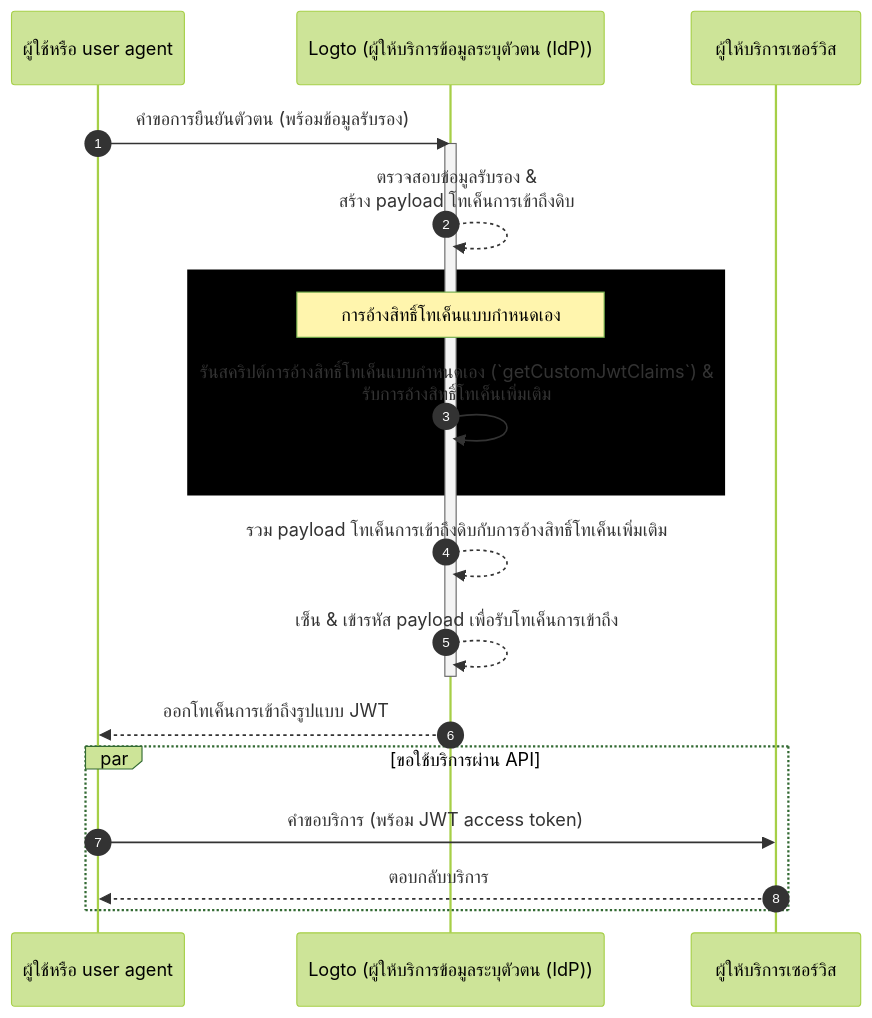
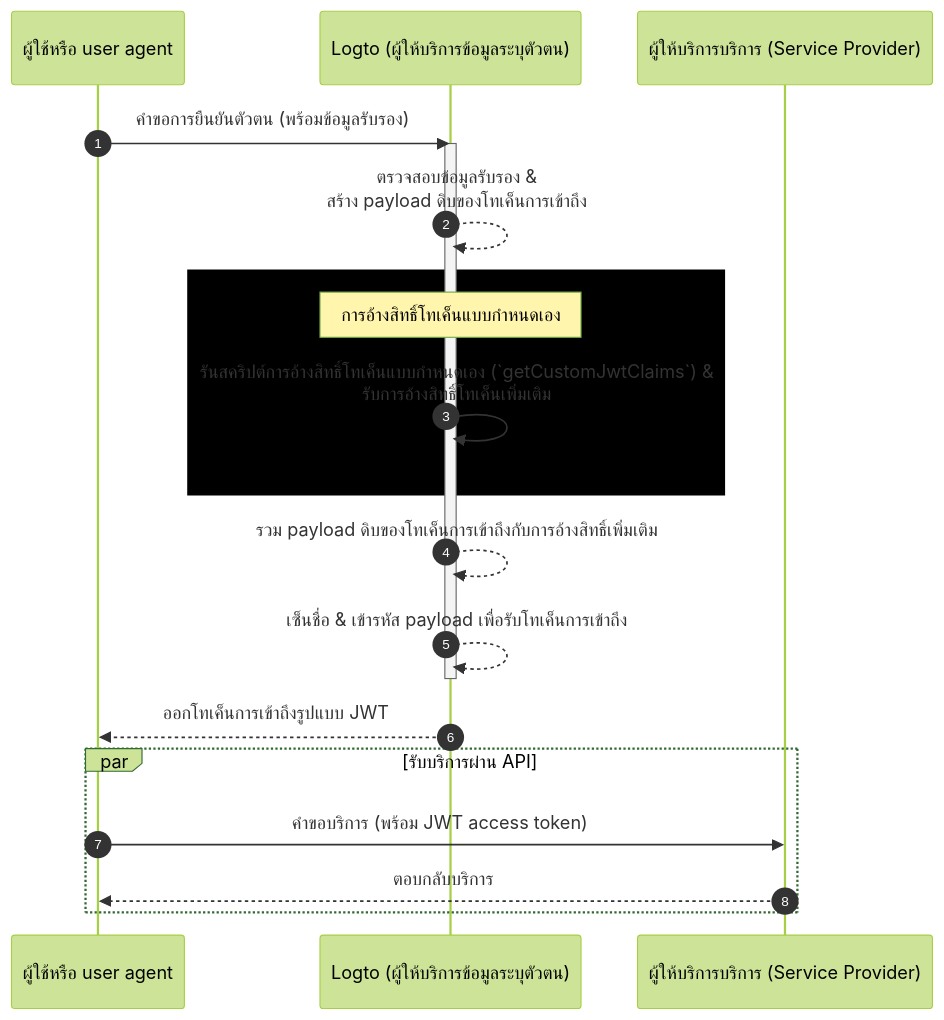
Before and after one commit to logto-io/docs: the diagram in i18n/th/docusaurus-plugin-content-docs/current/developers/custom-token-claims/README.mdx, drawn with Mermaid (forest theme). The commit also changed other lines of this file and 666 other files, not shown here.

````diff
--- a/i18n/th/docusaurus-plugin-content-docs/current/developers/custom-token-claims/README.mdx
+++ b/i18n/th/docusaurus-plugin-content-docs/current/developers/custom-token-claims/README.mdx
@@ -26,23 +26,23 @@
 ```mermaid
 sequenceDiagram
   participant U as ผู้ใช้หรือ user agent
-  participant IdP as Logto (ผู้ให้บริการข้อมูลระบุตัวตน (IdP))
-  participant SP as ผู้ให้บริการเซอร์วิส
+  participant IdP as Logto (ผู้ให้บริการข้อมูลระบุตัวตน)
+  participant SP as ผู้ให้บริการบริการ (Service Provider)
 
   autonumber
   U ->> IdP: คำขอการยืนยันตัวตน (พร้อมข้อมูลรับรอง)
   activate IdP
-  IdP-->>IdP: ตรวจสอบข้อมูลรับรอง &<br/>สร้าง payload โทเค็นการเข้าถึงดิบ
+  IdP-->>IdP: ตรวจสอบข้อมูลรับรอง &<br/>สร้าง payload ดิบของโทเค็นการเข้าถึง
   rect var(--mermaid-rect-fill)
   note over IdP: การอ้างสิทธิ์โทเค็นแบบกำหนดเอง
   IdP->>IdP: รันสคริปต์การอ้างสิทธิ์โทเค็นแบบกำหนดเอง (`getCustomJwtClaims`) &<br/>รับการอ้างสิทธิ์โทเค็นเพิ่มเติม
   end
-  IdP-->>IdP: รวม payload โทเค็นการเข้าถึงดิบกับการอ้างสิทธิ์โทเค็นเพิ่มเติม
-  IdP-->>IdP: เซ็น & เข้ารหัส payload เพื่อรับโทเค็นการเข้าถึง
+  IdP-->>IdP: รวม payload ดิบของโทเค็นการเข้าถึงกับการอ้างสิทธิ์เพิ่มเติม
+  IdP-->>IdP: เซ็นชื่อ & เข้ารหัส payload เพื่อรับโทเค็นการเข้าถึง
   deactivate IdP
   IdP-->>U: ออกโทเค็นการเข้าถึงรูปแบบ JWT
-  par ขอใช้บริการผ่าน API
+  par รับบริการผ่าน API
   U->>SP: คำขอบริการ (พร้อม JWT access token)
   SP-->>U: ตอบกลับบริการ
   end
 ```
````
